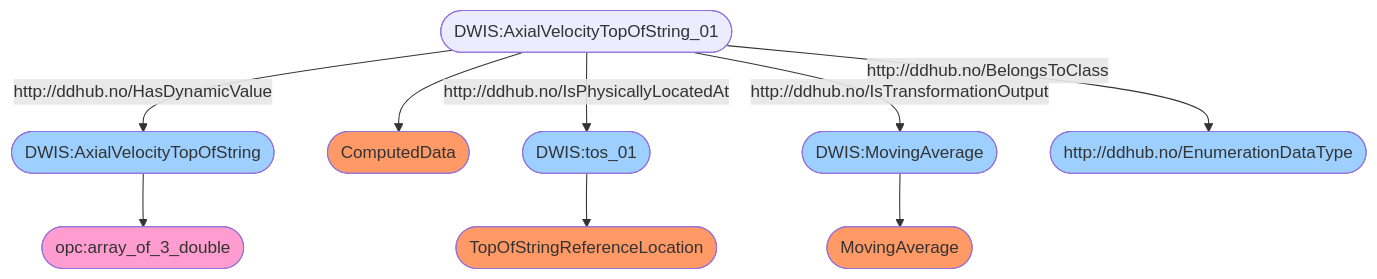
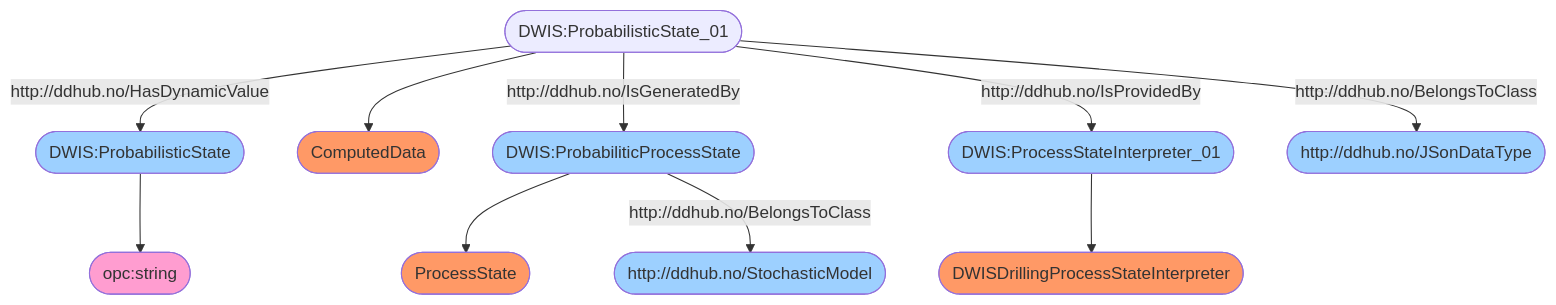
One commit to D-WIS/MicroStateEngine changed the second of 6 diagrams in README.md. Above: the diagram before and after it, drawn with Mermaid. The commit also changed other lines of this file and 4 other files, not shown here.

````diff
--- a/README.md
+++ b/README.md
@@ -46,15 +126,16 @@
 ```mermaid
 flowchart TD
 	 classDef typeClass fill:#f96;
 	 classDef classClass fill:#9dd0ff;
 	 classDef opcClass fill:#ff9dd0;
 	 classDef quantityClass fill:#d0ff9d;
-	DWIS:AxialVelocityTopOfString([DWIS:AxialVelocityTopOfString]) --> opc:array_of_3_double([opc:array_of_3_double]):::opcClass
-	DWIS:AxialVelocityTopOfString_01([DWIS:AxialVelocityTopOfString_01]) --> ComputedData([ComputedData]):::typeClass
-	DWIS:tos_01([DWIS:tos_01]) --> TopOfStringReferenceLocation([TopOfStringReferenceLocation]):::typeClass
-	DWIS:MovingAverage([DWIS:MovingAverage]) --> MovingAverage([MovingAverage]):::typeClass
-	DWIS:AxialVelocityTopOfString_01([DWIS:AxialVelocityTopOfString_01]) -- http://ddhub.no/BelongsToClass --> http://ddhub.no/EnumerationDataType([http://ddhub.no/EnumerationDataType]):::classClass
-	DWIS:AxialVelocityTopOfString_01([DWIS:AxialVelocityTopOfString_01]) -- http://ddhub.no/HasDynamicValue --> DWIS:AxialVelocityTopOfString([DWIS:AxialVelocityTopOfString]):::classClass
-	DWIS:AxialVelocityTopOfString_01([DWIS:AxialVelocityTopOfString_01]) -- http://ddhub.no/IsPhysicallyLocatedAt --> DWIS:tos_01([DWIS:tos_01]):::classClass
-	DWIS:AxialVelocityTopOfString_01([DWIS:AxialVelocityTopOfString_01]) -- http://ddhub.no/IsTransformationOutput --> DWIS:MovingAverage([DWIS:MovingAverage]):::classClass
+	DWIS:ProbabilisticState([DWIS:ProbabilisticState]) --> opc:string([opc:string]):::opcClass
+	DWIS:ProbabilisticState_01([DWIS:ProbabilisticState_01]) --> ComputedData([ComputedData]):::typeClass
+	DWIS:ProbabiliticProcessState([DWIS:ProbabiliticProcessState]) --> ProcessState([ProcessState]):::typeClass
+	DWIS:ProcessStateInterpreter_01([DWIS:ProcessStateInterpreter_01]) --> DWISDrillingProcessStateInterpreter([DWISDrillingProcessStateInterpreter]):::typeClass
+	DWIS:ProbabilisticState_01([DWIS:ProbabilisticState_01]) -- http://ddhub.no/BelongsToClass --> http://ddhub.no/JSonDataType([http://ddhub.no/JSonDataType]):::classClass
+	DWIS:ProbabiliticProcessState([DWIS:ProbabiliticProcessState]) -- http://ddhub.no/BelongsToClass --> http://ddhub.no/StochasticModel([http://ddhub.no/StochasticModel]):::classClass
+	DWIS:ProbabilisticState_01([DWIS:ProbabilisticState_01]) -- http://ddhub.no/HasDynamicValue --> DWIS:ProbabilisticState([DWIS:ProbabilisticState]):::classClass
+	DWIS:ProbabilisticState_01([DWIS:ProbabilisticState_01]) -- http://ddhub.no/IsGeneratedBy --> DWIS:ProbabiliticProcessState([DWIS:ProbabiliticProcessState]):::classClass
+	DWIS:ProbabilisticState_01([DWIS:ProbabilisticState_01]) -- http://ddhub.no/IsProvidedBy --> DWIS:ProcessStateInterpreter_01([DWIS:ProcessStateInterpreter_01]):::classClass
 ```
````
